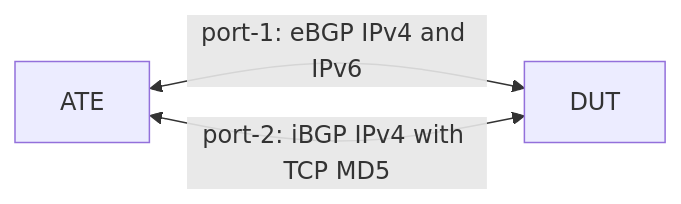
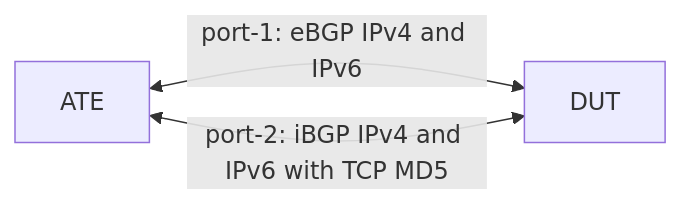
One commit to openconfig/featureprofiles changed the diagram in feature/bgp/otg_tests/bgp_tcp_mss_path_mtu/README.md. Above: the diagram before and after it, drawn with Mermaid. The commit also changed other lines of this file, not shown here.

First line of the commit message:
RT-1.21: Cover eBGP and iBGP at the neighbor and peer-group levels

````diff
--- a/feature/bgp/otg_tests/bgp_tcp_mss_path_mtu/README.md
+++ b/feature/bgp/otg_tests/bgp_tcp_mss_path_mtu/README.md
@@ -23,5 +30,5 @@
 ```mermaid
 graph LR
     ATE["ATE"] <-->|"port-1: eBGP IPv4 and IPv6"| DUT["DUT"]
-    ATE <-->|"port-2: iBGP IPv4 with TCP MD5"| DUT
+    ATE <-->|"port-2: iBGP IPv4 and IPv6 with TCP MD5"| DUT
 ```
````
